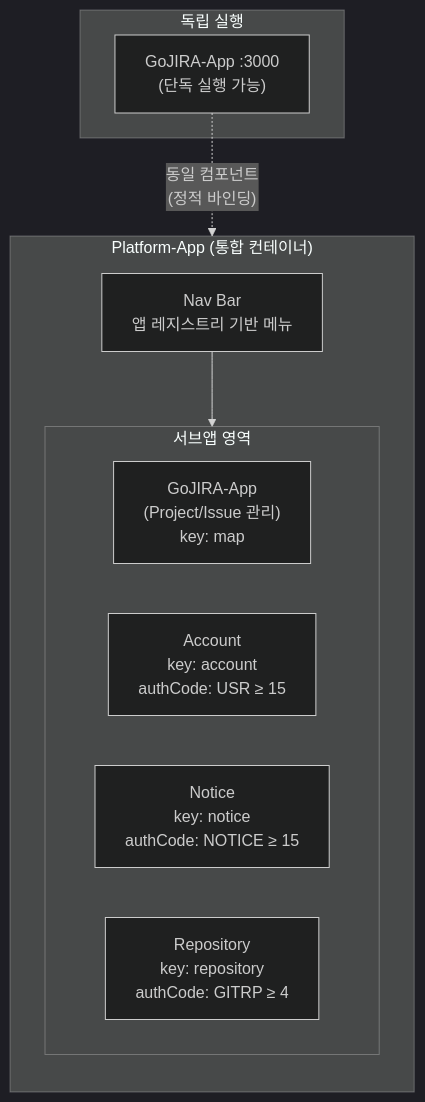
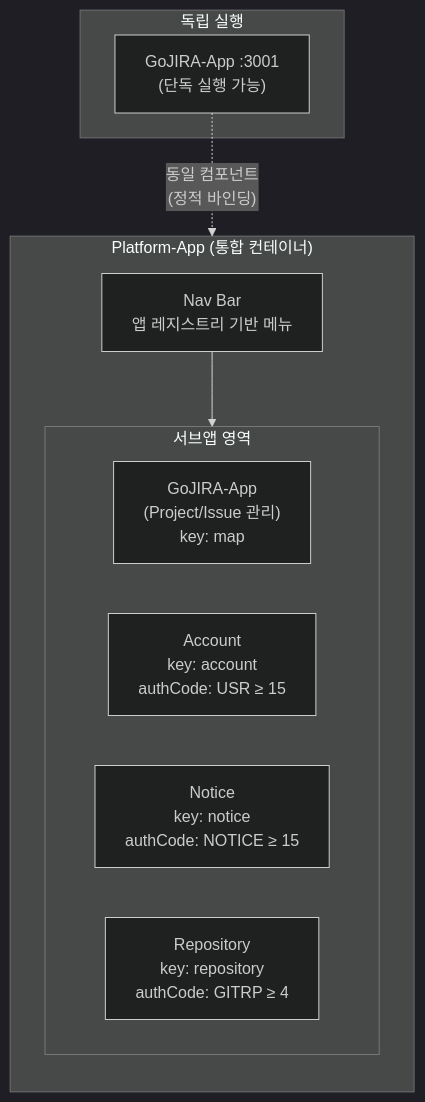
Before and after one commit to archi-duke/GoJIRA: the first of 6 diagrams in docs/design-microfrontend.md, drawn with Mermaid (dark theme). The commit also changed other lines of this file and 3 other files, not shown here.

````diff
--- a/docs/design-microfrontend.md
+++ b/docs/design-microfrontend.md
@@ -19,23 +19,23 @@
 ```mermaid
 graph TB
     subgraph Platform-App["Platform-App (통합 컨테이너)"]
         direction TB
         NAV["Nav Bar<br/>앱 레지스트리 기반 메뉴"]
         
         subgraph APPS["서브앱 영역"]
             direction LR
             GOJIRA["GoJIRA-App<br/>(Project/Issue 관리)<br/>key: map"]
             ACCOUNT["Account<br/>key: account<br/>authCode: USR ≥ 15"]
             NOTICE["Notice<br/>key: notice<br/>authCode: NOTICE ≥ 15"]
             REPO["Repository<br/>key: repository<br/>authCode: GITRP ≥ 4"]
         end
         
         NAV --> APPS
     end
     
     subgraph Standalone["독립 실행"]
-        GOJIRA_ALONE["GoJIRA-App :3000<br/>(단독 실행 가능)"]
+        GOJIRA_ALONE["GoJIRA-App :3001<br/>(단독 실행 가능)"]
     end
     
     GOJIRA_ALONE -.->|"동일 컴포넌트<br/>(정적 바인딩)"| GOJIRA
 ```
````
